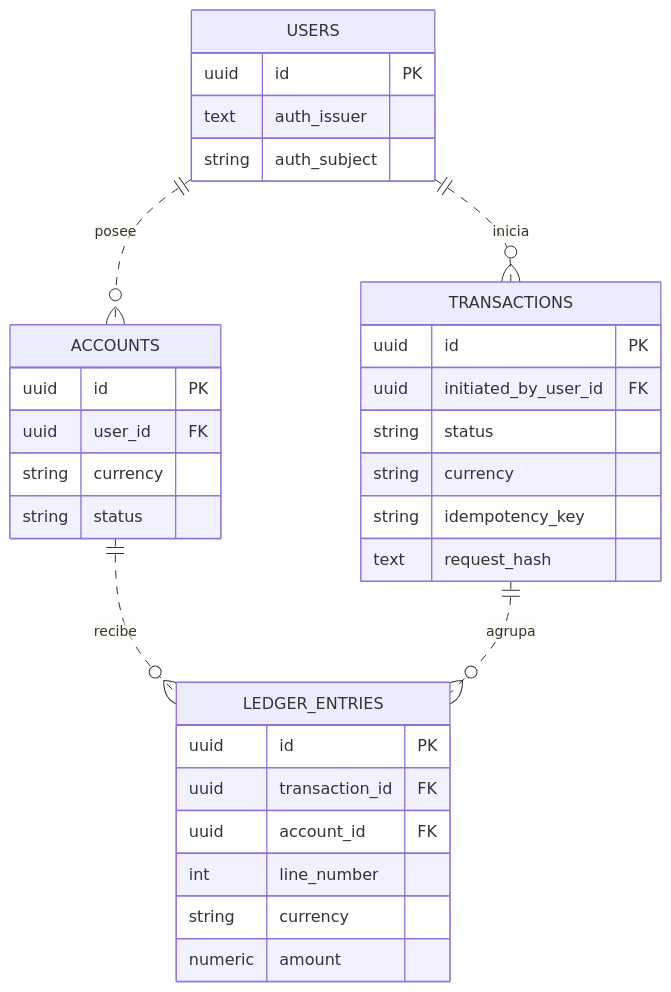
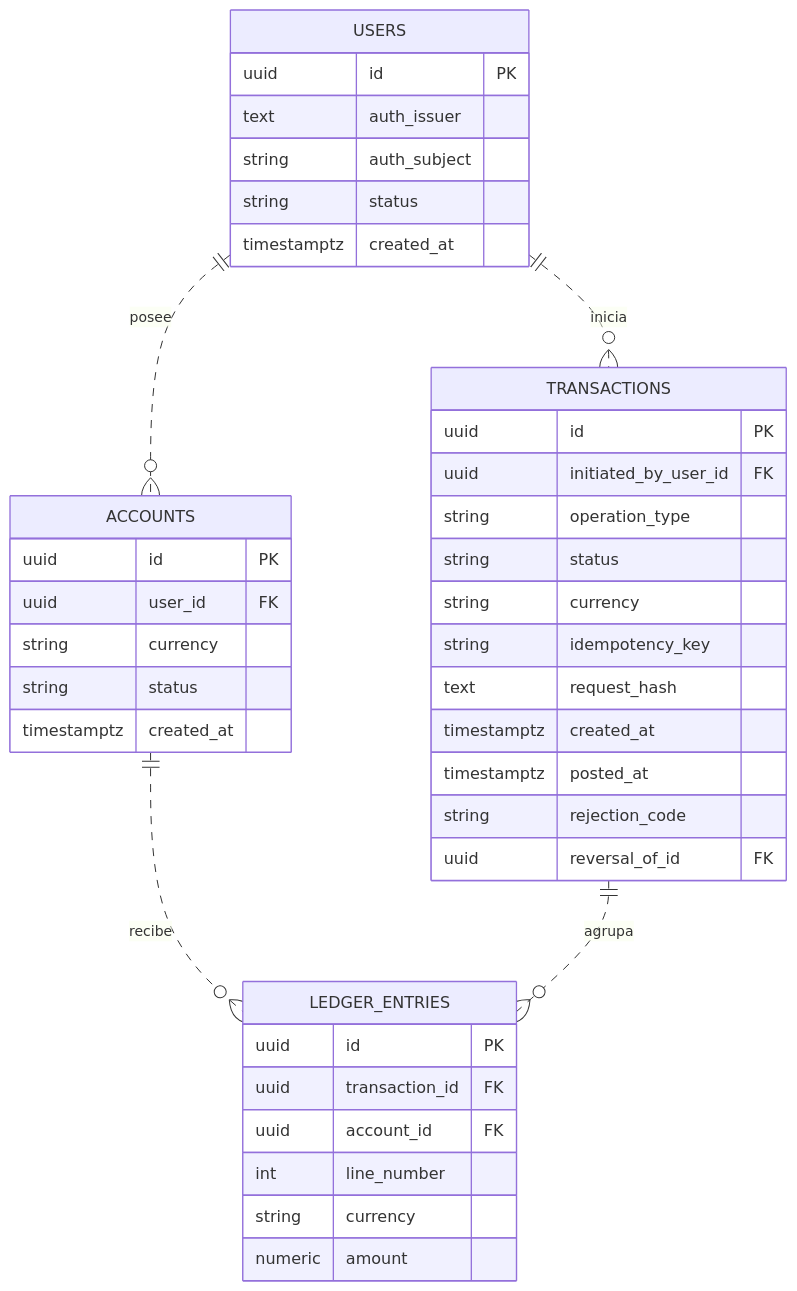
The first of 2 diagrams in 02-modelo-relacional.md (TheKhadaJhin/arquitectura-bancaria), drawn with Mermaid before and after one commit. The commit also changed other lines of this file, not shown here.

````diff
--- a/02-modelo-relacional.md
+++ b/02-modelo-relacional.md
@@ -15,36 +20,44 @@
 ```mermaid
 erDiagram
     direction TB
     USERS ||..o{ ACCOUNTS : posee
     USERS ||..o{ TRANSACTIONS : inicia
     ACCOUNTS ||..o{ LEDGER_ENTRIES : recibe
     TRANSACTIONS ||..o{ LEDGER_ENTRIES : agrupa
 
     USERS {
         uuid id PK
         text auth_issuer
         string auth_subject
+        string status
+        timestamptz created_at
     }
     ACCOUNTS {
         uuid id PK
         uuid user_id FK
         string currency
         string status
+        timestamptz created_at
     }
     TRANSACTIONS {
         uuid id PK
         uuid initiated_by_user_id FK
+        string operation_type
         string status
         string currency
         string idempotency_key
         text request_hash
+        timestamptz created_at
+        timestamptz posted_at
+        string rejection_code
+        uuid reversal_of_id FK
     }
     LEDGER_ENTRIES {
         uuid id PK
         uuid transaction_id FK
         uuid account_id FK
         int line_number
         string currency
         numeric amount
     }
 ```
````
